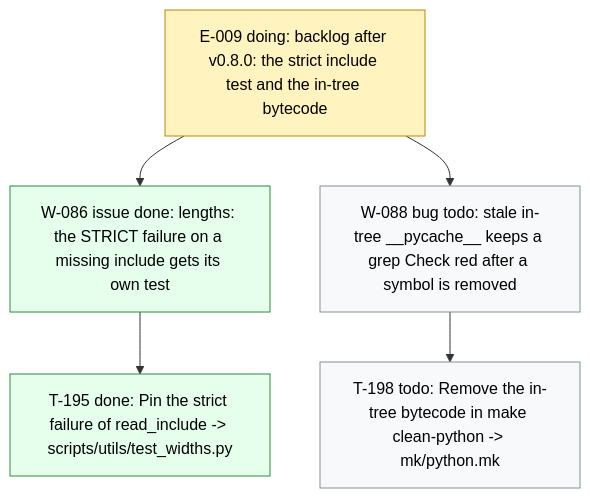
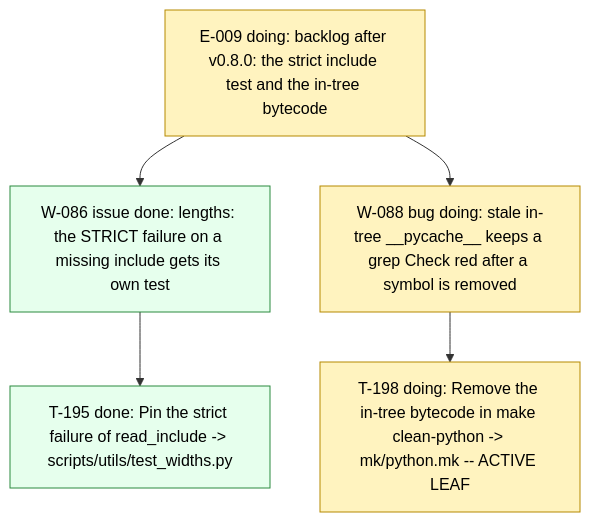
Before and after one commit to dpopchev/chaos-to-simple: the diagram in .board/BOARD.md, drawn with Mermaid. The commit also changed other lines of this file and 2 other files, not shown here.

Commit message:
chore(board): activate W-088, start T-198
Refs: W-088 T-198

````diff
--- a/.board/BOARD.md
+++ b/.board/BOARD.md
@@ -520,16 +520,15 @@
 ```mermaid
 flowchart TD
   E009["E-009 doing: backlog after v0.8.0: the strict include test and the in-tree bytecode"]
   E009 --> W086["W-086 issue done: lengths: the STRICT failure on a missing include gets its own test"]
   W086 --> T195["T-195 done: Pin the strict failure of read_include -> scripts/utils/test_widths.py"]
-  E009 --> W088["W-088 bug todo: stale in-tree __pycache__ keeps a grep Check red after a symbol is removed"]
-  W088 --> T198["T-198 todo: Remove the in-tree bytecode in make clean-python -> mk/python.mk"]
+  E009 --> W088["W-088 bug doing: stale in-tree __pycache__ keeps a grep Check red after a symbol is removed"]
+  W088 --> T198["T-198 doing: Remove the in-tree bytecode in make clean-python -> mk/python.mk -- ACTIVE LEAF"]
   classDef doing fill:#fff3bf,stroke:#b58900,color:#000;
   classDef blocked fill:#ffe3e3,stroke:#c92a2a,color:#000;
   classDef done fill:#e6ffed,stroke:#2b8a3e,color:#000;
   classDef todo fill:#f8f9fa,stroke:#868e96,color:#000;
   classDef pruned fill:#f1f3f5,stroke:#adb5bd,color:#000;
-  class E009 doing
+  class E009,W088,T198 doing
   class W086,T195 done
-  class W088,T198 todo
 ```
````
